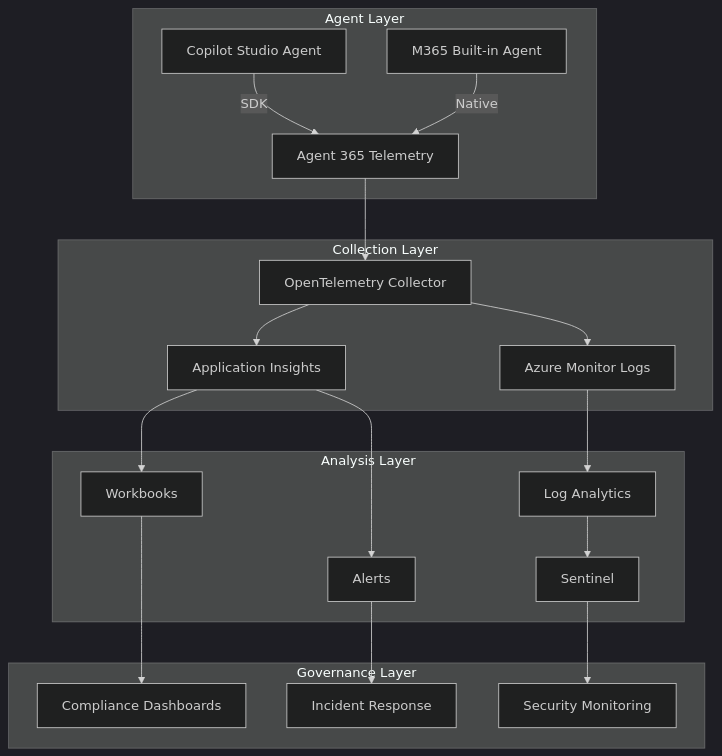
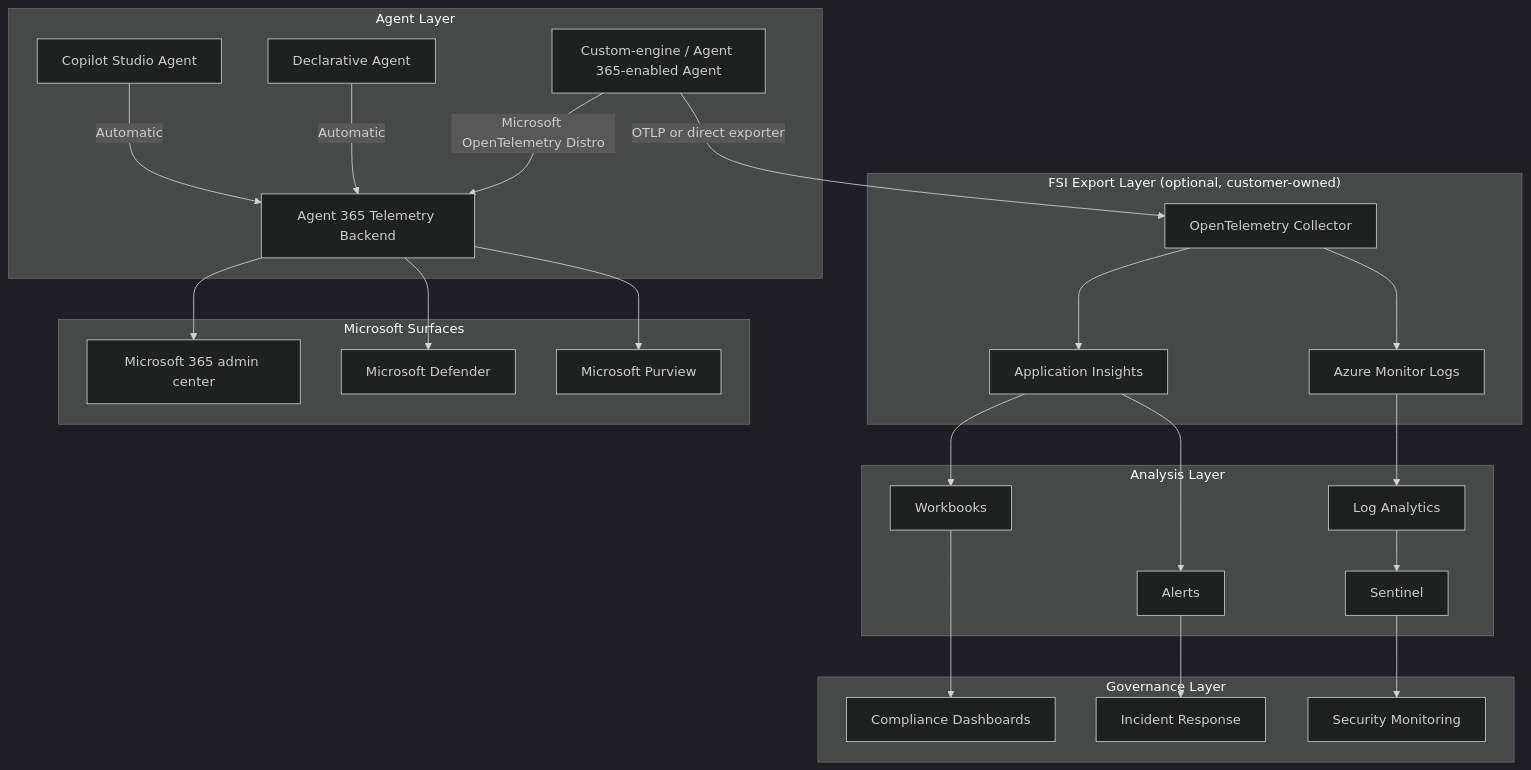
The diagram in docs/playbooks/advanced-implementations/agent-365-observability/index.md (judeper/FSI-AgentGov), drawn with Mermaid (dark theme) before and after one commit. The commit also changed other lines of this file and 3 other files, not shown here.

````diff
--- a/docs/playbooks/advanced-implementations/agent-365-observability/index.md
+++ b/docs/playbooks/advanced-implementations/agent-365-observability/index.md
@@ -31,26 +43,33 @@
 ```mermaid
 flowchart TB
     subgraph "Agent Layer"
-        A[Copilot Studio Agent] -->|SDK| B[Agent 365 Telemetry]
-        C[M365 Built-in Agent] -->|Native| B
+        A[Copilot Studio Agent] -->|Automatic| B[Agent 365 Telemetry Backend]
+        C[Declarative Agent] -->|Automatic| B
+        N[Custom-engine / Agent 365-enabled Agent] -->|Microsoft OpenTelemetry Distro| B
     end
 
-    subgraph "Collection Layer"
-        B --> D[OpenTelemetry Collector]
+    subgraph "FSI Export Layer (optional, customer-owned)"
+        N -->|OTLP or direct exporter| D[OpenTelemetry Collector]
         D --> E[Application Insights]
         D --> F[Azure Monitor Logs]
+    end
+
+    subgraph "Microsoft Surfaces"
+        B --> P[Microsoft 365 admin center]
+        B --> Q[Microsoft Defender]
+        B --> R[Microsoft Purview]
     end
 
     subgraph "Analysis Layer"
         E --> G[Workbooks]
         E --> H[Alerts]
         F --> I[Log Analytics]
         I --> J[Sentinel]
     end
 
     subgraph "Governance Layer"
         G --> K[Compliance Dashboards]
         H --> L[Incident Response]
         J --> M[Security Monitoring]
     end
 ```
````
